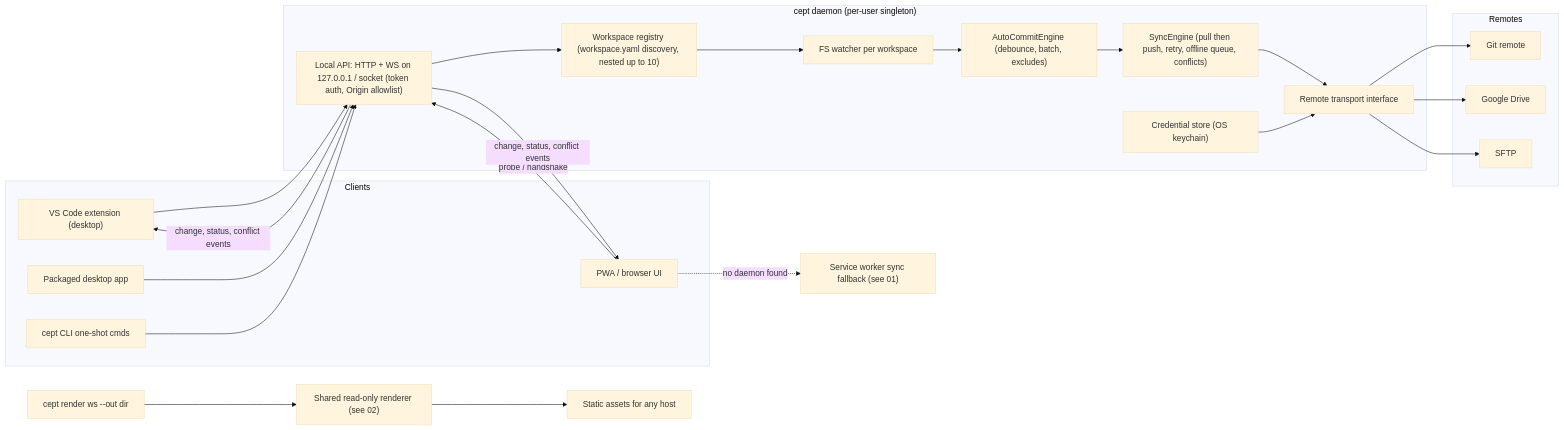
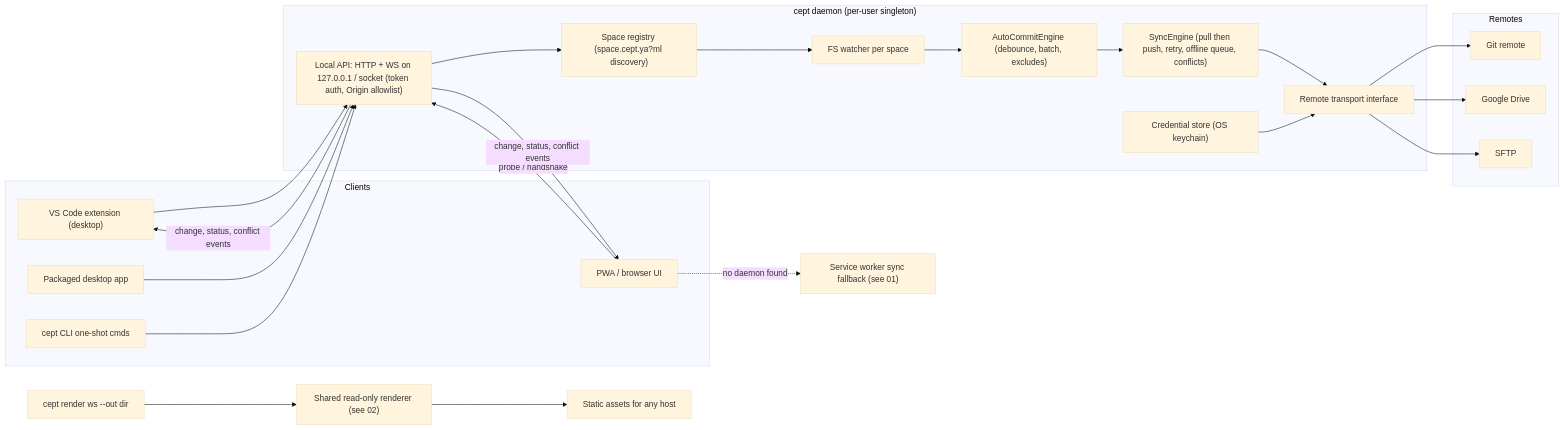
One commit to nsheaps/cept changed the first of 2 diagrams in docs/specs/requirements/05-cli-and-daemon.md. Above: the diagram before and after it, drawn with Mermaid (base theme). The commit also changed other lines of this file and 12 other files, not shown here.

````diff
--- a/docs/specs/requirements/05-cli-and-daemon.md
+++ b/docs/specs/requirements/05-cli-and-daemon.md
@@ -56,45 +56,45 @@
 ```mermaid
 flowchart LR
   subgraph Clients
     VSC["VS Code extension (desktop)"]
     PWA["PWA / browser UI"]
     DESK["Packaged desktop app"]
     CLI1["cept CLI one-shot cmds"]
   end
 
   subgraph Daemon["cept daemon (per-user singleton)"]
     API["Local API: HTTP + WS on 127.0.0.1 / socket (token auth, Origin allowlist)"]
-    REG["Workspace registry (workspace.yaml discovery, nested up to 10)"]
-    W["FS watcher per workspace"]
+    REG["Space registry (space.cept.ya?ml discovery)"]
+    W["FS watcher per space"]
     AC["AutoCommitEngine (debounce, batch, excludes)"]
     SE["SyncEngine (pull then push, retry, offline queue, conflicts)"]
     RT["Remote transport interface"]
     CRED["Credential store (OS keychain)"]
   end
 
   subgraph Remotes
     GIT["Git remote"]
     GD["Google Drive"]
     SFTP["SFTP"]
   end
 
   VSC --> API
   PWA -- "probe / handshake" --> API
   DESK --> API
   CLI1 --> API
   API --> REG
   REG --> W
   W --> AC
   AC --> SE
   SE --> RT
   CRED --> RT
   RT --> GIT
   RT --> GD
   RT --> SFTP
   API -- "change, status, conflict events" --> VSC
   API -- "change, status, conflict events" --> PWA
 
   PWA -. "no daemon found" .-> SW["Service worker sync fallback (see 01)"]
   RENDER["cept render ws --out dir"] --> SSG["Shared read-only renderer (see 02)"]
   SSG --> OUT["Static assets for any host"]
 ```
````
